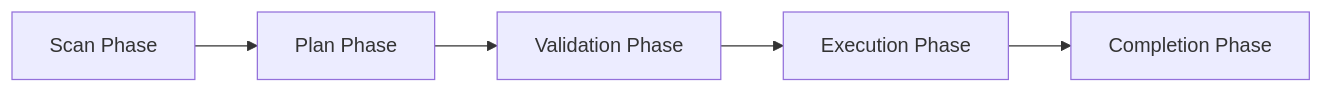
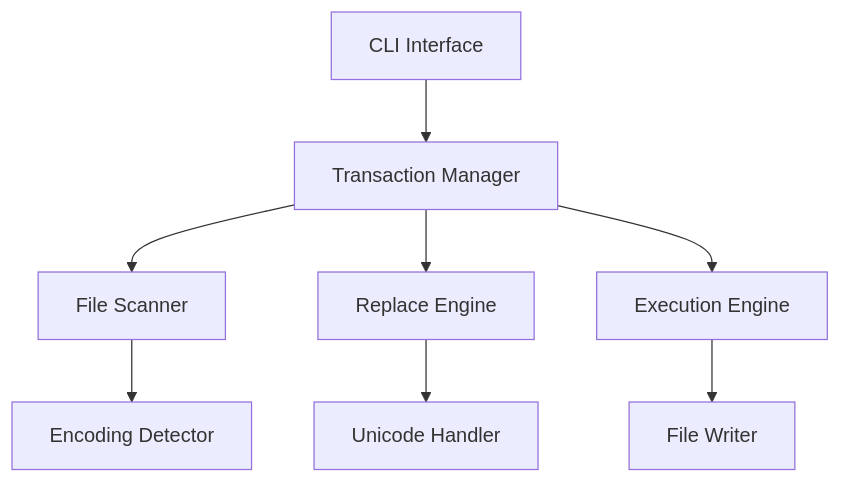
One commit to Emasoft/MFR changed the diagram in README.md. Above: the diagram before and after it, drawn with Mermaid. The commit also changed other lines of this file and 13 other files, not shown here.

````diff
--- a/README.md
+++ b/README.md
@@ -366,7 +585,10 @@
 ```mermaid
-graph LR
-    A[Scan Phase] --> B[Plan Phase]
-    B --> C[Validation Phase]
-    C --> D[Execution Phase]
-    D --> E[Completion Phase]
+graph TD
+    A[CLI Interface] --> B[Transaction Manager]
+    B --> C[File Scanner]
+    B --> D[Replace Engine]
+    C --> E[Encoding Detector]
+    D --> F[Unicode Handler]
+    B --> G[Execution Engine]
+    G --> H[File Writer]
 ```
````
